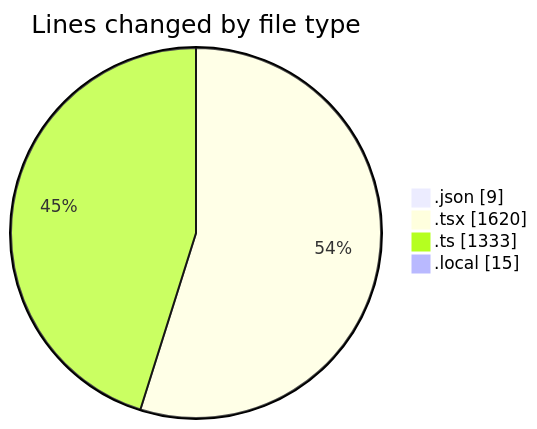
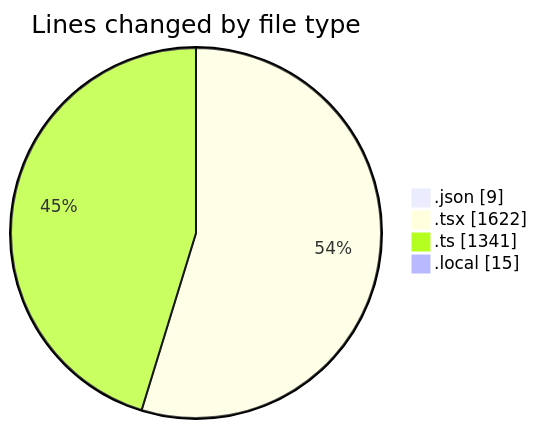
One commit to julien-gomy/code-tracking changed the first of 2 diagrams in 2025-10-27/eventscop-frontend-guide__workspace_/README.md. Above: the diagram before and after it, drawn with Mermaid. The commit also changed other lines of this file and 1 other file, not shown here.

````diff
--- a/2025-10-27/eventscop-frontend-guide__workspace_/README.md
+++ b/2025-10-27/eventscop-frontend-guide__workspace_/README.md
@@ -35,8 +35,8 @@
 ```mermaid
 pie showData
 title Lines changed by file type
 ".json" : 9
-".tsx" : 1620
-".ts" : 1333
+".tsx" : 1622
+".ts" : 1341
 ".local" : 15
 ```
````
